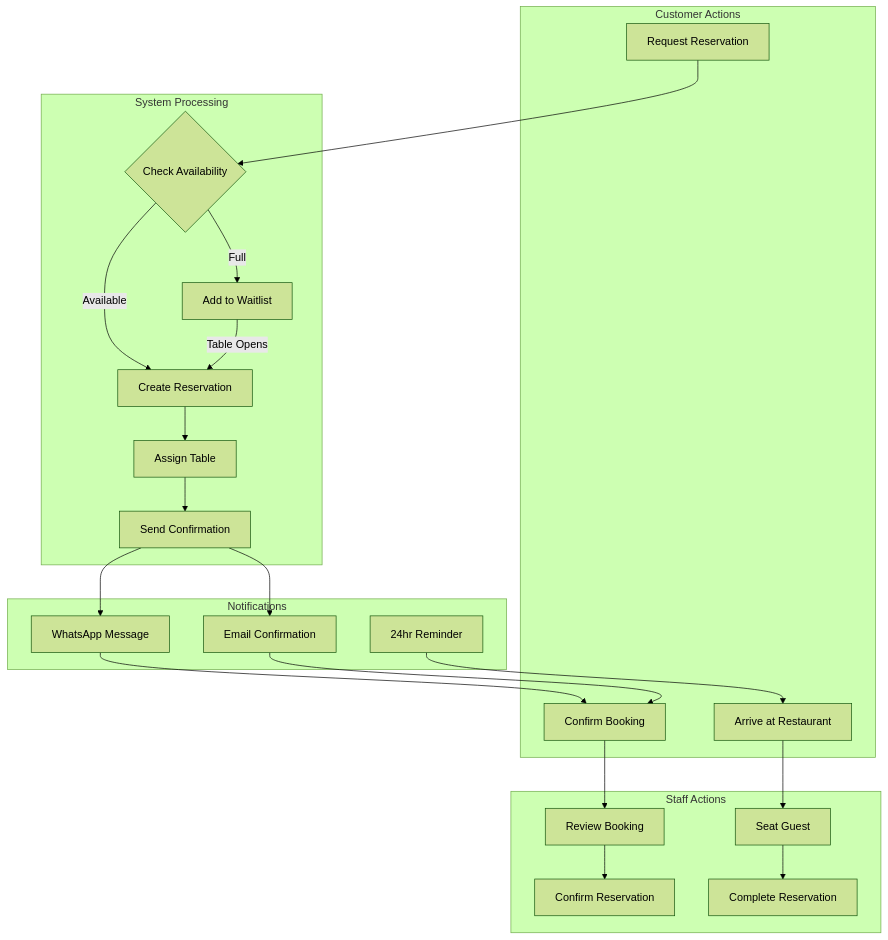
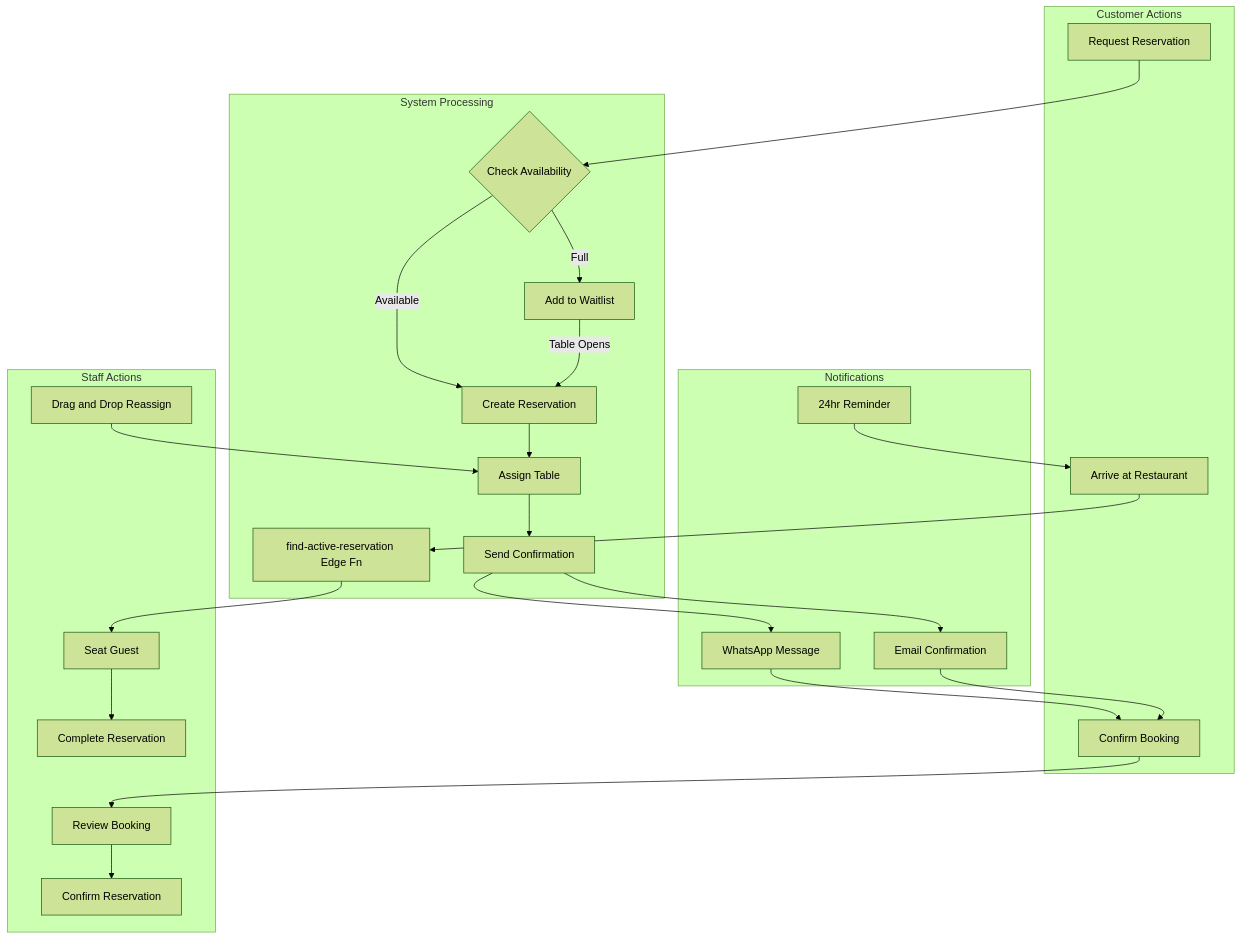
The tenth of 26 diagrams in docs/ARCHITECTURE_DEV.md (sudipjangam/tasty-bite-harbor), drawn with Mermaid (forest theme) before and after one commit. The commit also changed other lines of this file and 6 other files, not shown here.

Commit message:
feat: Add comprehensive platform user guide, architecture documentation, and an About section component, alongside dependency updates.

````diff
--- a/docs/ARCHITECTURE_DEV.md
+++ b/docs/ARCHITECTURE_DEV.md
@@ -434,50 +640,54 @@
 ```mermaid
 flowchart TD
     subgraph Customer["Customer Actions"]
         Request[Request Reservation]
         Confirm[Confirm Booking]
         Arrive[Arrive at Restaurant]
     end
     
     subgraph System["System Processing"]
         CheckAvail{Check Availability}
         CreateRes[Create Reservation]
         AssignTable[Assign Table]
         SendConfirm[Send Confirmation]
         AddWaitlist[Add to Waitlist]
+        FindActive["find-active-reservation Edge Fn"]
     end
     
     subgraph Notifications["Notifications"]
         WhatsApp[WhatsApp Message]
         Email[Email Confirmation]
         Reminder[24hr Reminder]
     end
     
     subgraph Staff["Staff Actions"]
         Review[Review Booking]
         ConfirmRes[Confirm Reservation]
         SeatGuest[Seat Guest]
         Complete[Complete Reservation]
+        DragDrop["Drag and Drop Reassign"]
     end
     
     Request --> CheckAvail
     CheckAvail -->|Available| CreateRes
     CheckAvail -->|Full| AddWaitlist
     
     CreateRes --> AssignTable
     AssignTable --> SendConfirm
     SendConfirm --> WhatsApp
     SendConfirm --> Email
     
     WhatsApp --> Confirm
     Email --> Confirm
     
     Confirm --> Review
     Review --> ConfirmRes
     
     Reminder --> Arrive
-    Arrive --> SeatGuest
+    Arrive --> FindActive
+    FindActive --> SeatGuest
     SeatGuest --> Complete
     
     AddWaitlist -->|Table Opens| CreateRes
+    DragDrop --> AssignTable
 ```
````
